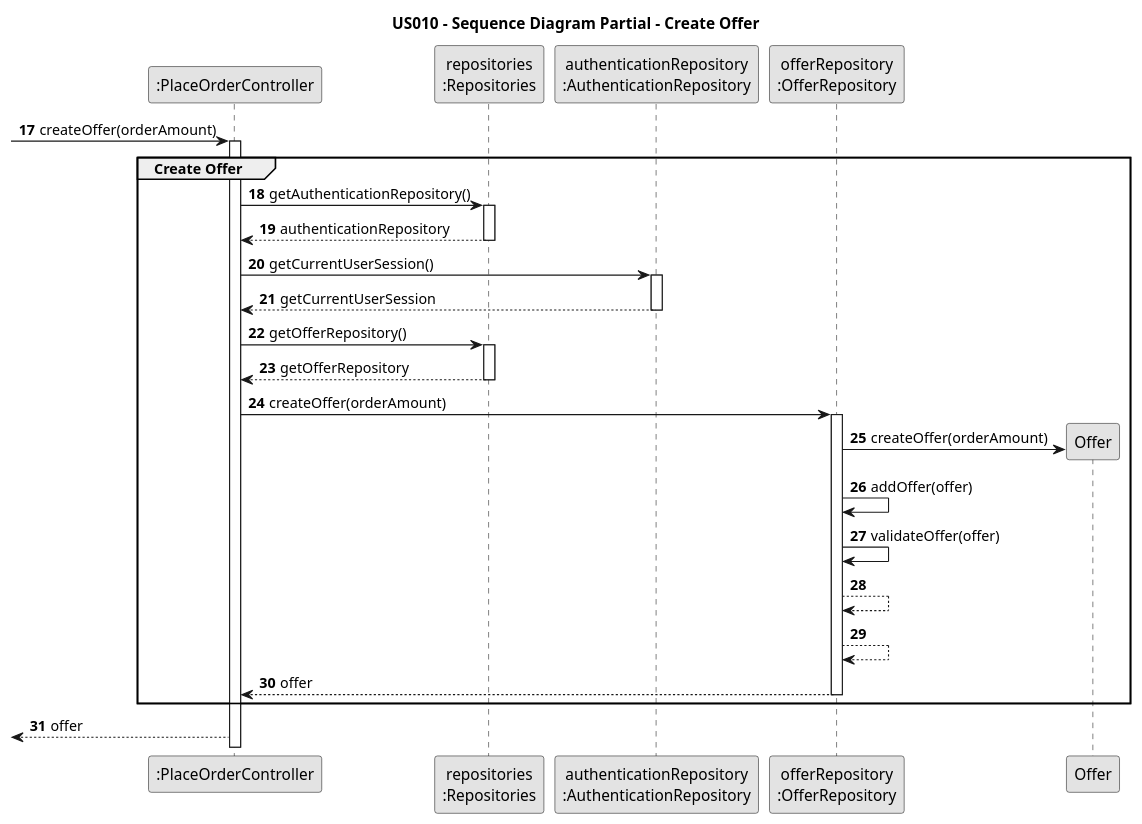
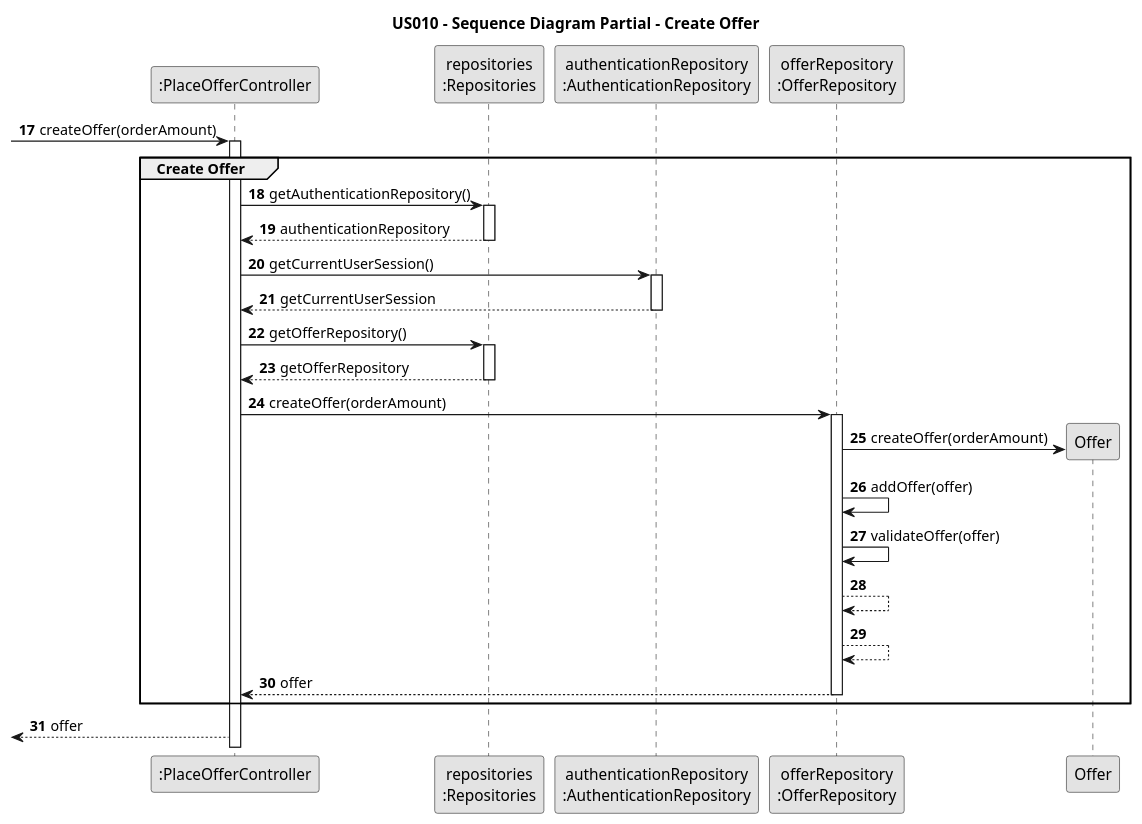
Before and after one commit to PureNimble/ISEP-LAPR2: the diagram in docs/sprintC/US10/03.design/puml/us010-sequence-diagram-partial-createOffer.puml, drawn with PlantUML. The commit also changed 12 other files, not shown here.

```diff
--- a/docs/sprintC/US10/03.design/puml/us010-sequence-diagram-partial-createOffer.puml
+++ b/docs/sprintC/US10/03.design/puml/us010-sequence-diagram-partial-createOffer.puml
@@ -1,60 +1,60 @@
 @startuml
 
 skinparam monochrome true
 skinparam packageStyle rectangle
 skinparam shadowing false
 
 title US010 - Sequence Diagram Partial - Create Offer
 
-participant ":PlaceOrderController" as Controller
+participant ":PlaceOfferController" as Controller
 participant "repositories\n:Repositories" as Repositories
 participant "authenticationRepository\n:AuthenticationRepository" as AuthenticationRepository
 participant "offerRepository\n:OfferRepository" as OfferRepository
 participant "Offer" as Offer
 
 autonumber 17
 
 -> Controller : createOffer(orderAmount)
 activate Controller
 
 group Create Offer
 
 Controller -> Repositories : getAuthenticationRepository()
 activate Repositories
 
 Repositories --> Controller : authenticationRepository
 deactivate Repositories
 
 Controller -> AuthenticationRepository : getCurrentUserSession()
 activate AuthenticationRepository
 
 AuthenticationRepository --> Controller : getCurrentUserSession
 deactivate AuthenticationRepository
 
 Controller -> Repositories : getOfferRepository()
 activate Repositories
 
 Repositories --> Controller : getOfferRepository
 deactivate Repositories
 
 Controller -> OfferRepository : createOffer(orderAmount)
 activate OfferRepository
 
 OfferRepository -> Offer** : createOffer(orderAmount)
 
 OfferRepository -> OfferRepository : addOffer(offer)
 
 OfferRepository -> OfferRepository : validateOffer(offer)
 
 OfferRepository --> OfferRepository
 
 OfferRepository --> OfferRepository
 
 OfferRepository --> Controller : offer
 deactivate OfferRepository
 
 end
 
 <-- Controller : offer
 
 @enduml
```
